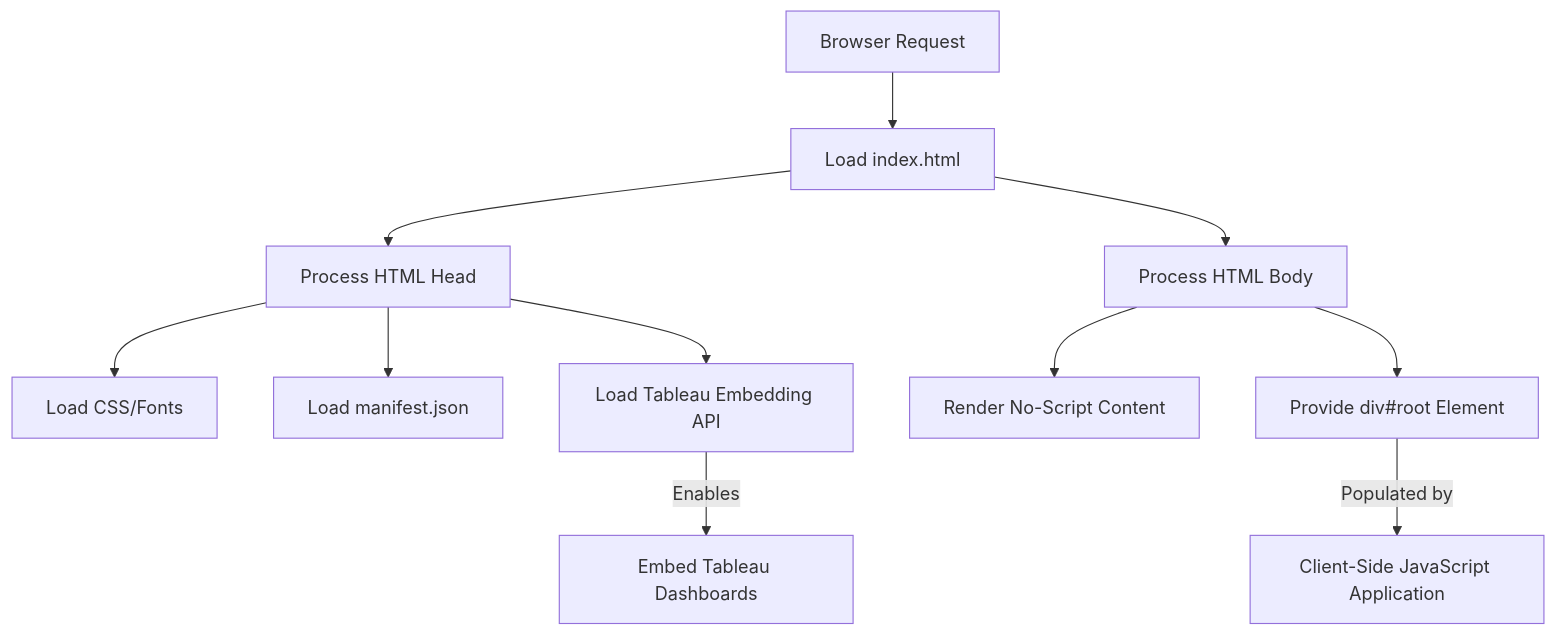
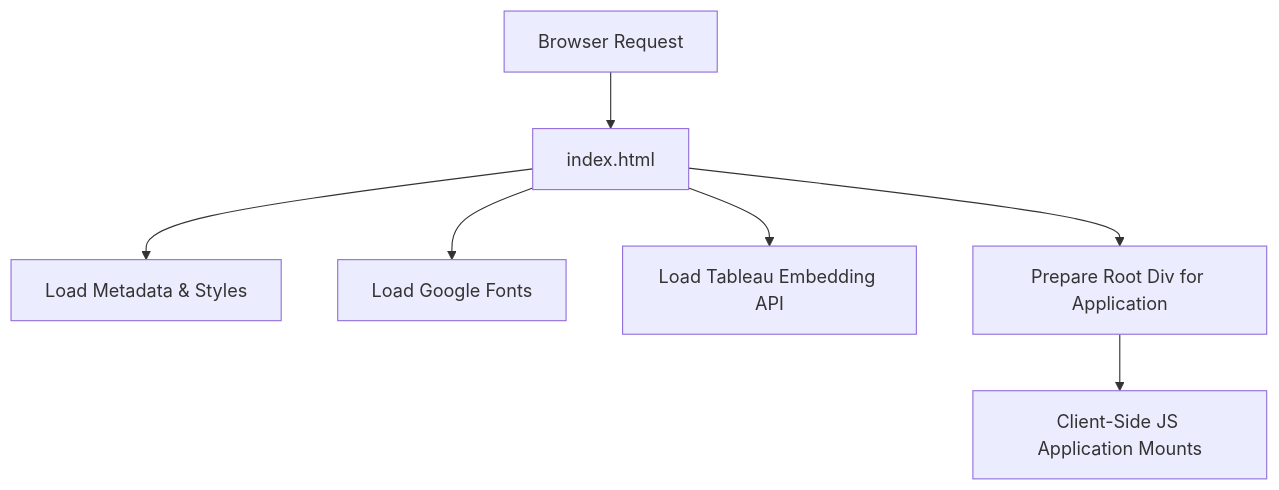
The diagram in docs/public_index.html.md (test-company-prowiz/tableau-frontend), drawn with Mermaid before and after one commit. The commit also changed other lines of this file, not shown here.

Commit message:
docs: auto-generated documentation for docs/public_index.html.md

````diff
--- a/docs/public_index.html.md
+++ b/docs/public_index.html.md
@@ -38,13 +48,9 @@
 ```mermaid
 graph TD
-    A[Browser Request] --> B[Load index.html]
-    B --> C[Process HTML Head]
-    C --> D[Load CSS/Fonts]
-    C --> E[Load manifest.json]
-    C --> F[Load Tableau Embedding API]
-    B --> G[Process HTML Body]
-    G --> H[Render No-Script Content]
-    G --> I[Provide div#root Element]
-    F -- Enables --> J[Embed Tableau Dashboards]
-    I -- Populated by --> K[Client-Side JavaScript Application]
+    A[Browser Request] --> B[index.html]
+    B --> C[Load Metadata & Styles]
+    B --> D[Load Google Fonts]
+    B --> E[Load Tableau Embedding API]
+    B --> F[Prepare Root Div for Application]
+    F --> G[Client-Side JS Application Mounts]
 ```
````
